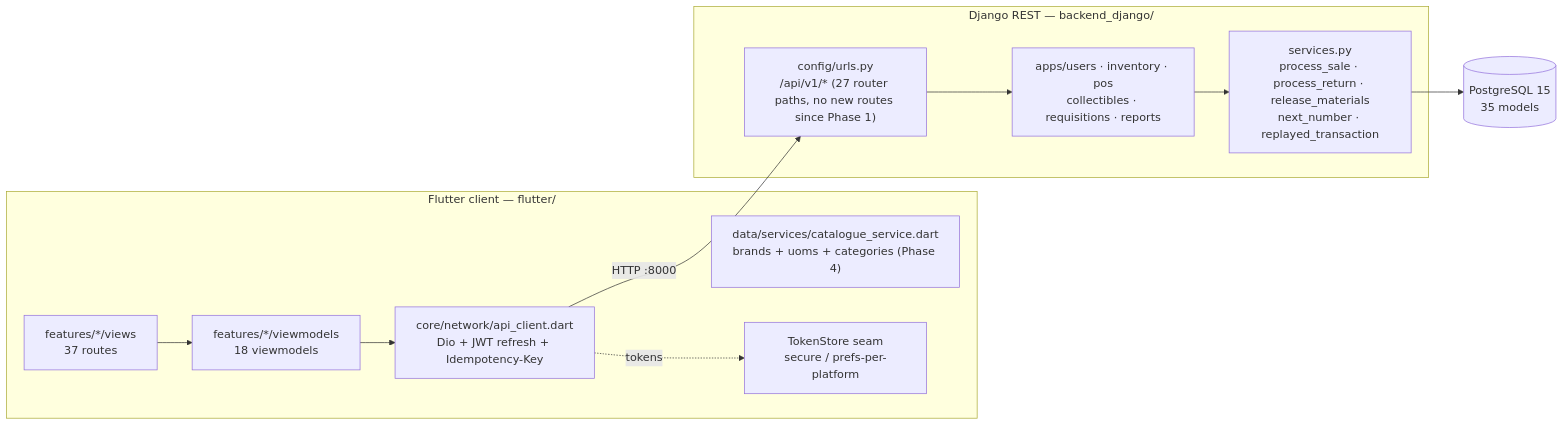
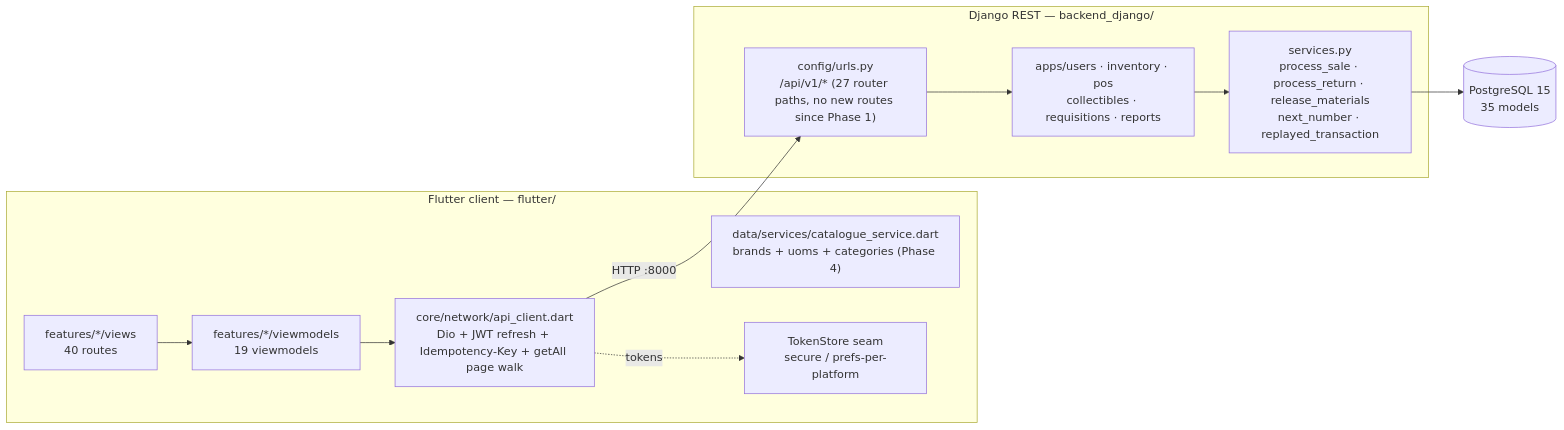
The first of 2 diagrams in docs/SYSTEM_ATLAS.md (ziminni/qb_hardwarestore), drawn with Mermaid before and after one commit. The commit also changed other lines of this file and 5 other files, not shown here.

Commit message:
docs: session note wave 3b/Z1/clock, atlas refresh (40 routes), AGENTS for wrap-up/execute-phase, decision ownership tags, QA profile

````diff
--- a/docs/SYSTEM_ATLAS.md
+++ b/docs/SYSTEM_ATLAS.md
@@ -13,21 +13,21 @@
 ```mermaid
 flowchart LR
   subgraph Client["Flutter client — flutter/"]
-    UI["features/*/views<br/>37 routes"]
-    VM["features/*/viewmodels<br/>18 viewmodels"]
-    NET["core/network/api_client.dart<br/>Dio + JWT refresh + Idempotency-Key"]
+    UI["features/*/views<br/>40 routes"]
+    VM["features/*/viewmodels<br/>19 viewmodels"]
+    NET["core/network/api_client.dart<br/>Dio + JWT refresh + Idempotency-Key + getAll page walk"]
     CAT["data/services/catalogue_service.dart<br/>brands + uoms + categories (Phase 4)"]
     SEC["TokenStore seam<br/>secure / prefs-per-platform"]
     UI --> VM --> NET
     NET -. tokens .-> SEC
   end
   subgraph Server["Django REST — backend_django/"]
     URLS["config/urls.py<br/>/api/v1/* (27 router paths, no new routes since Phase 1)"]
     APPS["apps/users · inventory · pos<br/>collectibles · requisitions · reports"]
     SVC["services.py<br/>process_sale · process_return · release_materials<br/>next_number · replayed_transaction"]
     URLS --> APPS --> SVC
   end
   DB[("PostgreSQL 15<br/>35 models")]
   NET -- "HTTP :8000" --> URLS
   SVC --> DB
 ```
````
